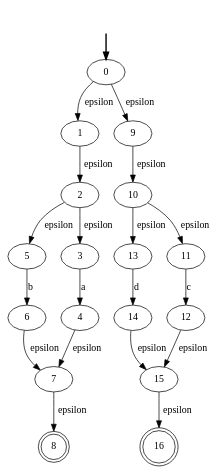
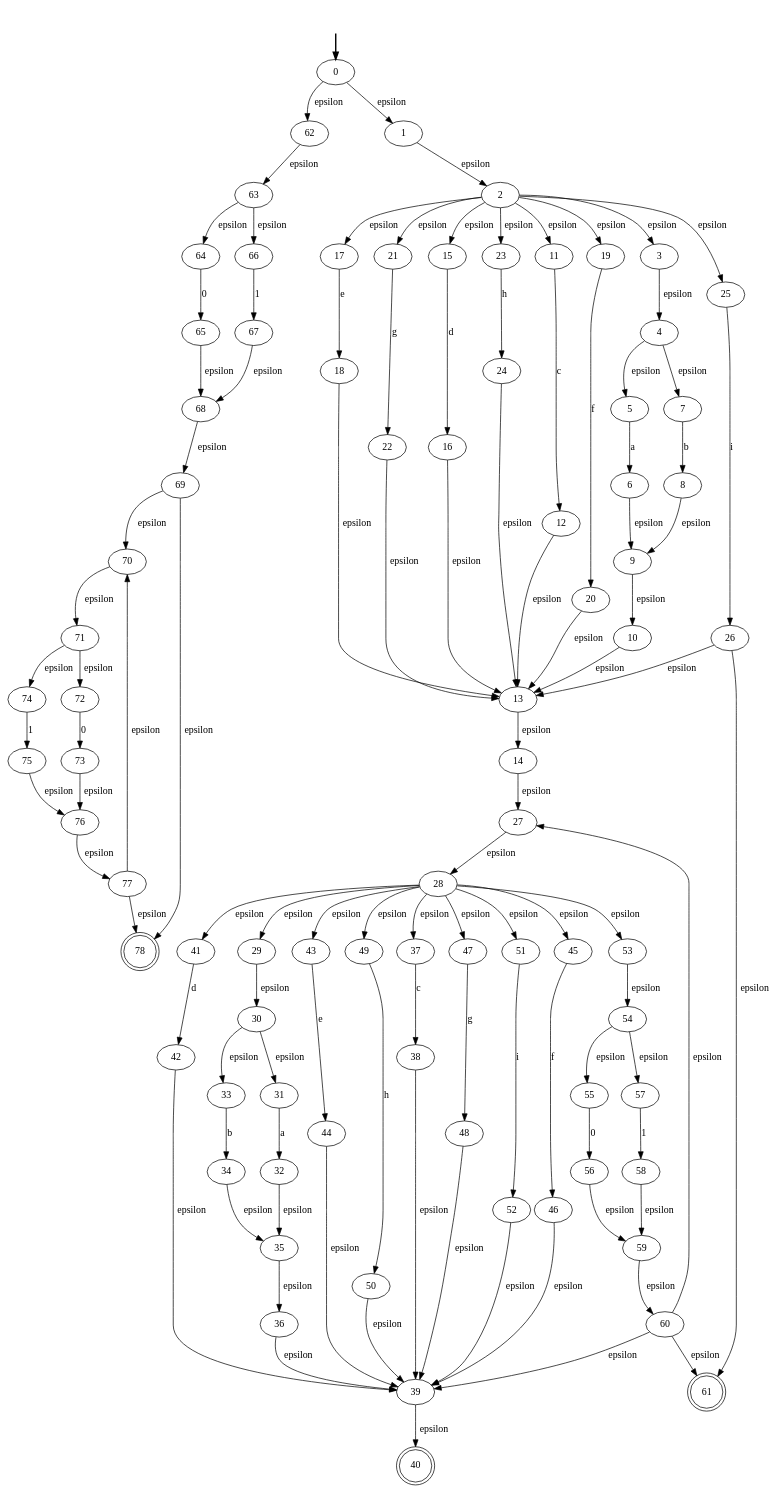
The diagram in thompsonAFN.dot (JDiegoS/Proyecto2-DLP), drawn with Graphviz before and after one commit. The commit also changed 12 other files, not shown here.

```diff
--- a/thompsonAFN.dot
+++ b/thompsonAFN.dot
@@ -1,38 +1,184 @@
 digraph {
 	fake0 [style=invisible]
+	26
+	42
+	70
+	68
+	36
+	75
+	6
+	39
+	53
+	40 [shape=doublecircle]
+	23
+	25
+	14
+	67
+	60
+	24
+	72
+	17
+	31
+	59
+	45
+	58
+	47
+	65
+	16
 	15
+	29
+	76
+	33
+	19
+	51
+	12
 	7
+	44
+	9
+	4
+	74
+	13
+	37
+	57
+	52
+	61 [shape=doublecircle]
+	69
+	50
+	54
+	20
+	56
+	63
+	35
+	30
+	77
+	10
+	38
+	73
 	5
-	4
-	10
+	48
+	11
+	62
+	71
+	78 [shape=doublecircle]
+	2
+	49
+	41
 	1
-	2
-	6
-	8 [shape=doublecircle]
+	8
+	18
+	43
+	32
+	55
+	21
+	27
+	22
+	28
+	64
+	66
+	46
+	34
 	3
-	13
-	16 [shape=doublecircle]
-	14
-	9
-	12
-	11
 	fake0 -> 0 [style=bold]
-	0 -> 9 [label=epsilon]
 	0 -> 1 [label=epsilon]
+	0 -> 62 [label=epsilon]
 	1 -> 2 [label=epsilon]
+	2 -> 23 [label=epsilon]
+	2 -> 21 [label=epsilon]
+	2 -> 11 [label=epsilon]
+	2 -> 25 [label=epsilon]
+	2 -> 19 [label=epsilon]
+	2 -> 15 [label=epsilon]
 	2 -> 3 [label=epsilon]
-	2 -> 5 [label=epsilon]
-	3 -> 4 [label=a]
-	5 -> 6 [label=b]
+	2 -> 17 [label=epsilon]
+	3 -> 4 [label=epsilon]
+	4 -> 5 [label=epsilon]
 	4 -> 7 [label=epsilon]
-	6 -> 7 [label=epsilon]
-	7 -> 8 [label=epsilon]
+	5 -> 6 [label=a]
+	7 -> 8 [label=b]
+	6 -> 9 [label=epsilon]
+	8 -> 9 [label=epsilon]
 	9 -> 10 [label=epsilon]
+	11 -> 12 [label=c]
 	10 -> 13 [label=epsilon]
-	10 -> 11 [label=epsilon]
-	11 -> 12 [label=c]
-	13 -> 14 [label=d]
-	12 -> 15 [label=epsilon]
-	14 -> 15 [label=epsilon]
-	15 -> 16 [label=epsilon]
+	12 -> 13 [label=epsilon]
+	16 -> 13 [label=epsilon]
+	18 -> 13 [label=epsilon]
+	20 -> 13 [label=epsilon]
+	22 -> 13 [label=epsilon]
+	24 -> 13 [label=epsilon]
+	26 -> 61 [label=epsilon]
+	26 -> 13 [label=epsilon]
+	13 -> 14 [label=epsilon]
+	15 -> 16 [label=d]
+	17 -> 18 [label=e]
+	19 -> 20 [label=f]
+	21 -> 22 [label=g]
+	23 -> 24 [label=h]
+	25 -> 26 [label=i]
+	14 -> 27 [label=epsilon]
+	60 -> 27 [label=epsilon]
+	60 -> 39 [label=epsilon]
+	60 -> 61 [label=epsilon]
+	27 -> 28 [label=epsilon]
+	28 -> 37 [label=epsilon]
+	28 -> 49 [label=epsilon]
+	28 -> 47 [label=epsilon]
+	28 -> 41 [label=epsilon]
+	28 -> 51 [label=epsilon]
+	28 -> 45 [label=epsilon]
+	28 -> 29 [label=epsilon]
+	28 -> 53 [label=epsilon]
+	28 -> 43 [label=epsilon]
+	29 -> 30 [label=epsilon]
+	30 -> 33 [label=epsilon]
+	30 -> 31 [label=epsilon]
+	31 -> 32 [label=a]
+	33 -> 34 [label=b]
+	32 -> 35 [label=epsilon]
+	34 -> 35 [label=epsilon]
+	35 -> 36 [label=epsilon]
+	37 -> 38 [label=c]
+	36 -> 39 [label=epsilon]
+	38 -> 39 [label=epsilon]
+	42 -> 39 [label=epsilon]
+	44 -> 39 [label=epsilon]
+	46 -> 39 [label=epsilon]
+	48 -> 39 [label=epsilon]
+	50 -> 39 [label=epsilon]
+	52 -> 39 [label=epsilon]
+	39 -> 40 [label=epsilon]
+	41 -> 42 [label=d]
+	43 -> 44 [label=e]
+	45 -> 46 [label=f]
+	47 -> 48 [label=g]
+	49 -> 50 [label=h]
+	51 -> 52 [label=i]
+	53 -> 54 [label=epsilon]
+	54 -> 57 [label=epsilon]
+	54 -> 55 [label=epsilon]
+	55 -> 56 [label=0]
+	57 -> 58 [label=1]
+	56 -> 59 [label=epsilon]
+	58 -> 59 [label=epsilon]
+	59 -> 60 [label=epsilon]
+	62 -> 63 [label=epsilon]
+	63 -> 66 [label=epsilon]
+	63 -> 64 [label=epsilon]
+	64 -> 65 [label=0]
+	66 -> 67 [label=1]
+	65 -> 68 [label=epsilon]
+	67 -> 68 [label=epsilon]
+	68 -> 69 [label=epsilon]
+	69 -> 70 [label=epsilon]
+	69 -> 78 [label=epsilon]
+	77 -> 70 [label=epsilon]
+	77 -> 78 [label=epsilon]
+	70 -> 71 [label=epsilon]
+	71 -> 72 [label=epsilon]
+	71 -> 74 [label=epsilon]
+	72 -> 73 [label=0]
+	74 -> 75 [label=1]
+	73 -> 76 [label=epsilon]
+	75 -> 76 [label=epsilon]
+	76 -> 77 [label=epsilon]
 }
```
